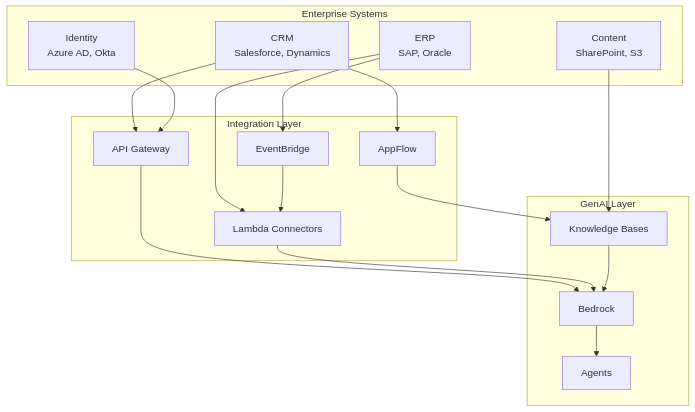
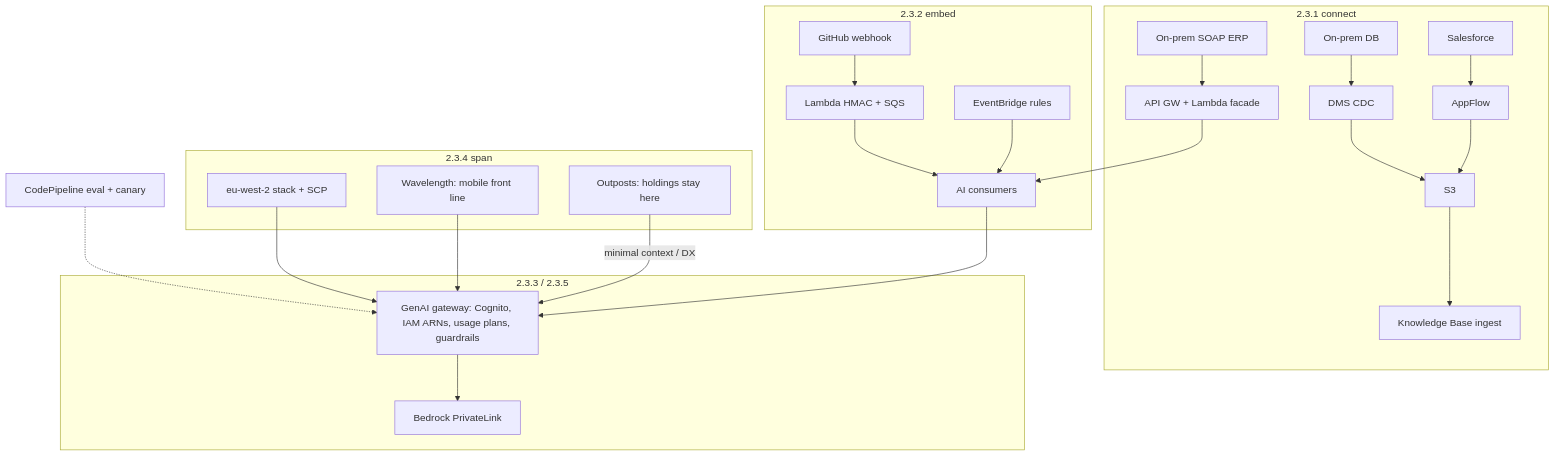
Before and after one commit to bme3412/aws-ai-developer-redux: the second of 2 diagrams in src/data/content/domain-2/enterprise-integration.md, drawn with Mermaid. The commit also changed other lines of this file and 58 other files, not shown here.

````diff
--- a/src/data/content/domain-2/enterprise-integration.md
+++ b/src/data/content/domain-2/enterprise-integration.md
@@ -31,36 +301,36 @@
 ```mermaid
-graph TD
-    subgraph "Enterprise Systems"
-        A[CRM<br/>Salesforce, Dynamics]
-        B[ERP<br/>SAP, Oracle]
-        C[Identity<br/>Azure AD, Okta]
-        D[Content<br/>SharePoint, S3]
+flowchart TB
+    subgraph Sources["2.3.1 connect"]
+        SF[Salesforce]
+        ERP[On-prem SOAP ERP]
+        DB[On-prem DB]
+        SF --> AF[AppFlow]
+        ERP --> Facade[API GW + Lambda facade]
+        DB --> DMS[DMS CDC]
+        AF --> S3[S3]
+        DMS --> S3
+        S3 --> KB[Knowledge Base ingest]
     end
-
-    subgraph "Integration Layer"
-        E[API Gateway]
-        F[EventBridge]
-        G[AppFlow]
-        H[Lambda Connectors]
+    subgraph Embed["2.3.2 embed"]
+        GH[GitHub webhook]
+        EB[EventBridge rules]
+        GH --> WH[Lambda HMAC + SQS]
+        EB --> AI[AI consumers]
+        Facade --> AI
+        WH --> AI
     end
-
-    subgraph "GenAI Layer"
-        I[Bedrock]
-        J[Knowledge Bases]
-        K[Agents]
+    subgraph Door["2.3.3 / 2.3.5"]
+        GW[GenAI gateway: Cognito, IAM ARNs, usage plans, guardrails]
+        AI --> GW
+        GW --> BR[Bedrock PrivateLink]
     end
-
-    A --> E
-    A --> G
-    B --> F
-    B --> H
-    C --> E
-    D --> J
-
-    E --> I
-    F --> H
-    G --> J
-    H --> I
-    I --> K
-    J --> I
+    subgraph Place["2.3.4 span"]
+        OP[Outposts: holdings stay here]
+        WL[Wavelength: mobile front line]
+        EU[eu-west-2 stack + SCP]
+        OP -->|minimal context / DX| GW
+        WL --> GW
+        EU --> GW
+    end
+    CP[CodePipeline eval + canary] -.-> GW
 ```
````
